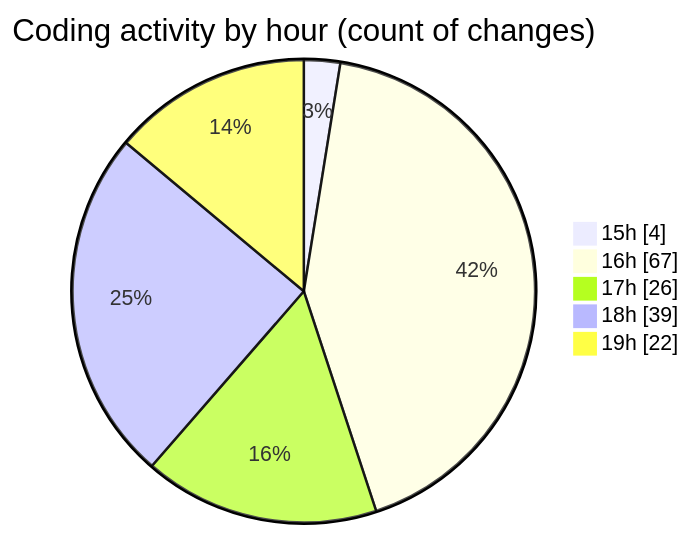
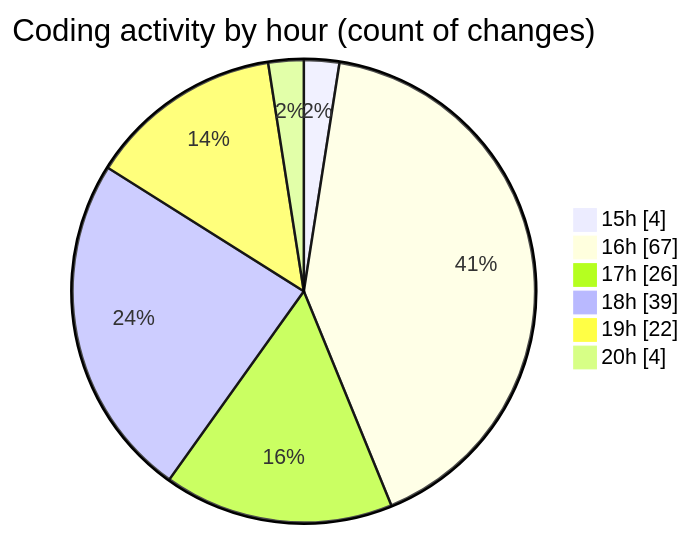
The second of 2 diagrams in 2025-05-26/zip_file/README.md (Ritupan-Deka/code-tracking), drawn with Mermaid before and after one commit. The commit also changed other lines of this file and 1 other file, not shown here.

````diff
--- a/2025-05-26/zip_file/README.md
+++ b/2025-05-26/zip_file/README.md
@@ -44,9 +44,10 @@
 ```mermaid
 pie showData
 title Coding activity by hour (count of changes)
 "15h" : 4
 "16h" : 67
 "17h" : 26
 "18h" : 39
 "19h" : 22
+"20h" : 4
 ```
````
